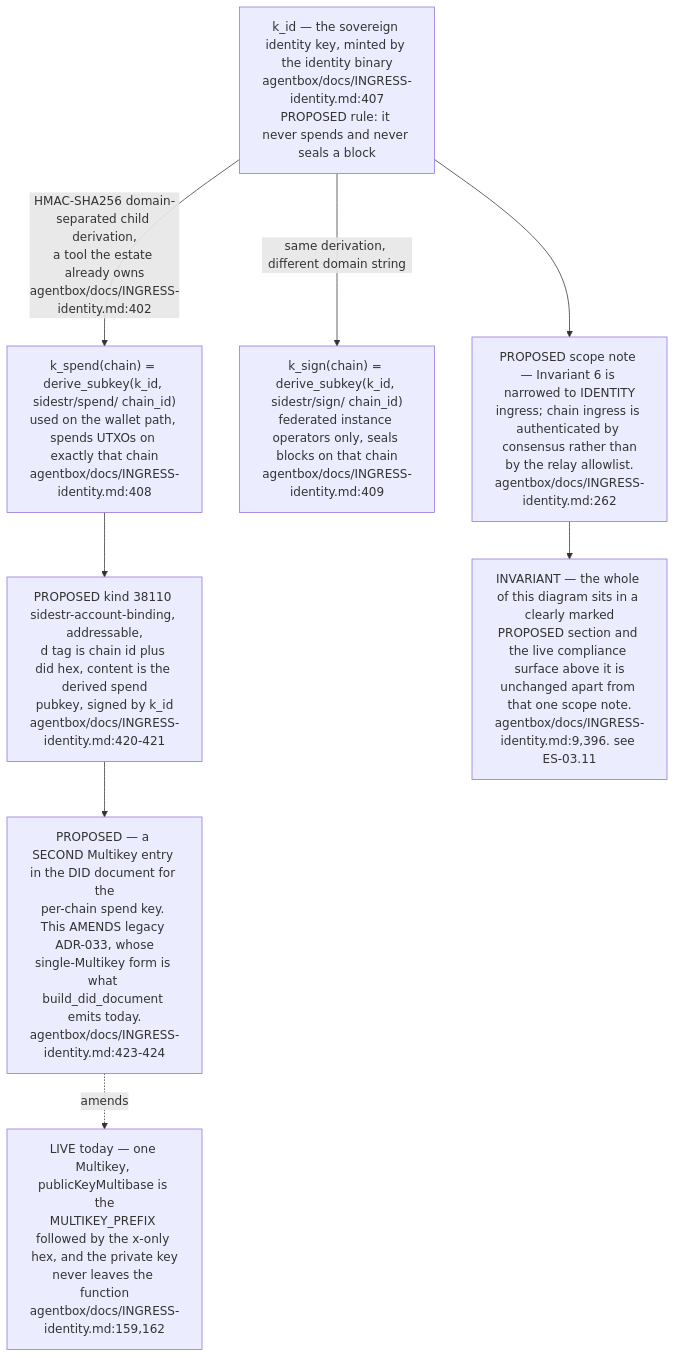
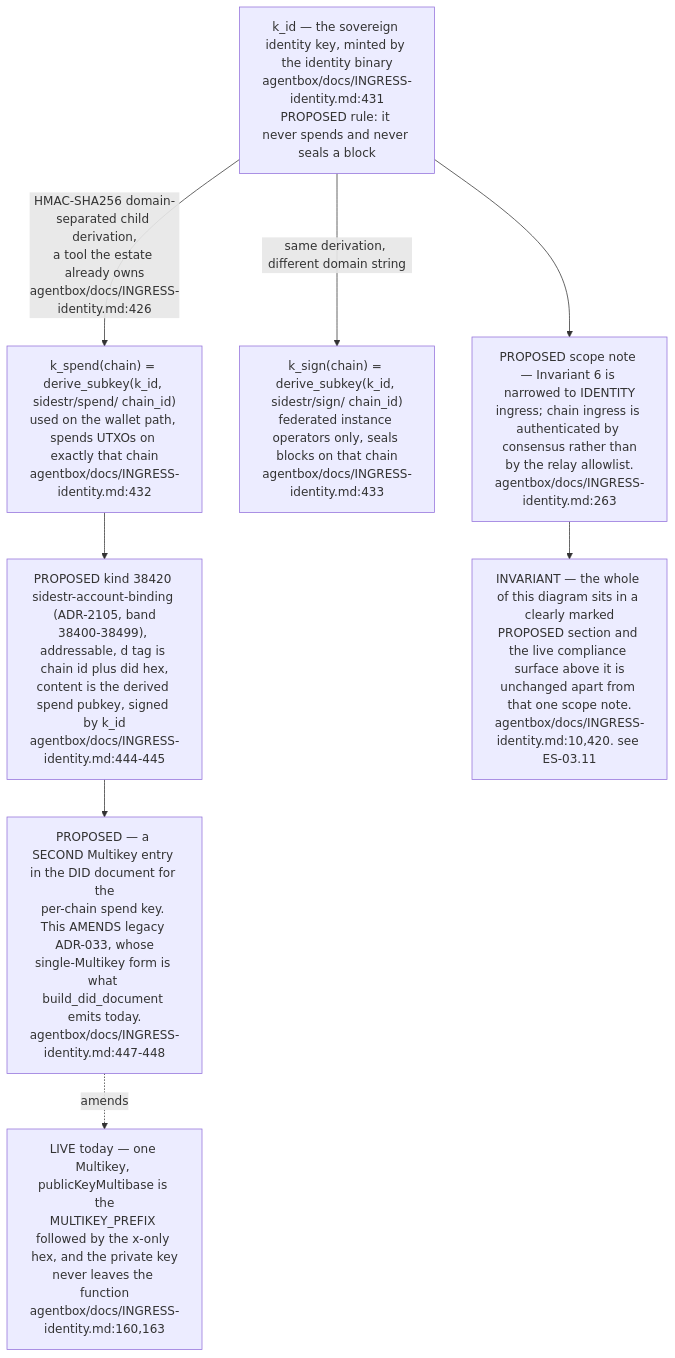
One commit to DreamLab-AI/VisionFlow changed the sixth of 6 diagrams in docs/diagrams/estate/04-identity-mesh-did-nostr.md. Above: the diagram before and after it, drawn with Mermaid. The commit also changed other lines of this file and 136 other files, not shown here.

First line of the commit message:
docs(diagrams): refresh the whole corpus to code HEAD and prune low-value diagrams

````diff
--- a/docs/diagrams/estate/04-identity-mesh-did-nostr.md
+++ b/docs/diagrams/estate/04-identity-mesh-did-nostr.md
@@ -302,25 +256,25 @@
 ```mermaid
 flowchart TB
-    KID["k_id — the sovereign identity key, minted by the identity binary<br/>agentbox/docs/INGRESS-identity.md:407<br/>PROPOSED rule: it never spends and never seals a block"]
+    KID["k_id — the sovereign identity key, minted by the identity binary<br/>agentbox/docs/INGRESS-identity.md:431<br/>PROPOSED rule: it never spends and never seals a block"]
 
-    SPEND["k_spend(chain) = derive_subkey(k_id, sidestr/spend/ chain_id)<br/>used on the wallet path, spends UTXOs on exactly that chain<br/>agentbox/docs/INGRESS-identity.md:408"]
-    SIGN["k_sign(chain) = derive_subkey(k_id, sidestr/sign/ chain_id)<br/>federated instance operators only, seals blocks on that chain<br/>agentbox/docs/INGRESS-identity.md:409"]
+    SPEND["k_spend(chain) = derive_subkey(k_id, sidestr/spend/ chain_id)<br/>used on the wallet path, spends UTXOs on exactly that chain<br/>agentbox/docs/INGRESS-identity.md:432"]
+    SIGN["k_sign(chain) = derive_subkey(k_id, sidestr/sign/ chain_id)<br/>federated instance operators only, seals blocks on that chain<br/>agentbox/docs/INGRESS-identity.md:433"]
 
-    KID -->|"HMAC-SHA256 domain-separated child derivation,<br/>a tool the estate already owns<br/>agentbox/docs/INGRESS-identity.md:402"| SPEND
+    KID -->|"HMAC-SHA256 domain-separated child derivation,<br/>a tool the estate already owns<br/>agentbox/docs/INGRESS-identity.md:426"| SPEND
     KID -->|"same derivation, different domain string"| SIGN
 
-    BIND["PROPOSED kind 38110 sidestr-account-binding, addressable,<br/>d tag is chain id plus did hex, content is the derived spend<br/>pubkey, signed by k_id<br/>agentbox/docs/INGRESS-identity.md:420-421"]
+    BIND["PROPOSED kind 38420 sidestr-account-binding (ADR-2105, band<br/>38400-38499), addressable, d tag is chain id plus did hex,<br/>content is the derived spend pubkey, signed by k_id<br/>agentbox/docs/INGRESS-identity.md:444-445"]
     SPEND --> BIND
 
-    MK["PROPOSED — a SECOND Multikey entry in the DID document for the<br/>per-chain spend key. This AMENDS legacy ADR-033, whose<br/>single-Multikey form is what build_did_document emits today.<br/>agentbox/docs/INGRESS-identity.md:423-424"]
+    MK["PROPOSED — a SECOND Multikey entry in the DID document for the<br/>per-chain spend key. This AMENDS legacy ADR-033, whose<br/>single-Multikey form is what build_did_document emits today.<br/>agentbox/docs/INGRESS-identity.md:447-448"]
     BIND --> MK
 
-    LIVE["LIVE today — one Multikey, publicKeyMultibase is the<br/>MULTIKEY_PREFIX followed by the x-only hex, and the private key<br/>never leaves the function<br/>agentbox/docs/INGRESS-identity.md:159,162"]
+    LIVE["LIVE today — one Multikey, publicKeyMultibase is the<br/>MULTIKEY_PREFIX followed by the x-only hex, and the private key<br/>never leaves the function<br/>agentbox/docs/INGRESS-identity.md:160,163"]
     MK -.->|"amends"| LIVE
 
-    SCOPE["PROPOSED scope note — Invariant 6 is narrowed to IDENTITY<br/>ingress; chain ingress is authenticated by consensus rather than<br/>by the relay allowlist.<br/>agentbox/docs/INGRESS-identity.md:262"]
+    SCOPE["PROPOSED scope note — Invariant 6 is narrowed to IDENTITY<br/>ingress; chain ingress is authenticated by consensus rather than<br/>by the relay allowlist.<br/>agentbox/docs/INGRESS-identity.md:263"]
     KID --> SCOPE
 
-    INV["INVARIANT — the whole of this diagram sits in a clearly marked<br/>PROPOSED section and the live compliance surface above it is<br/>unchanged apart from that one scope note.<br/>agentbox/docs/INGRESS-identity.md:9,396. see ES-03.11"]
+    INV["INVARIANT — the whole of this diagram sits in a clearly marked<br/>PROPOSED section and the live compliance surface above it is<br/>unchanged apart from that one scope note.<br/>agentbox/docs/INGRESS-identity.md:10,420. see ES-03.11"]
     SCOPE --> INV
 ```
````
